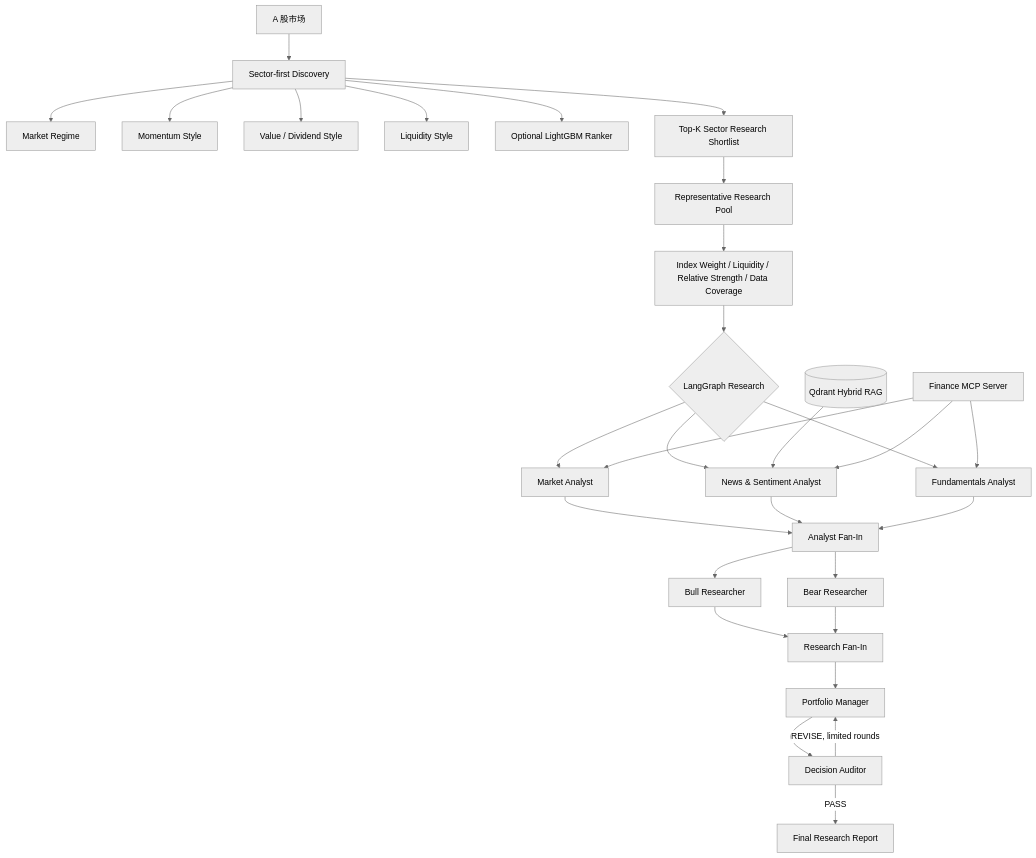
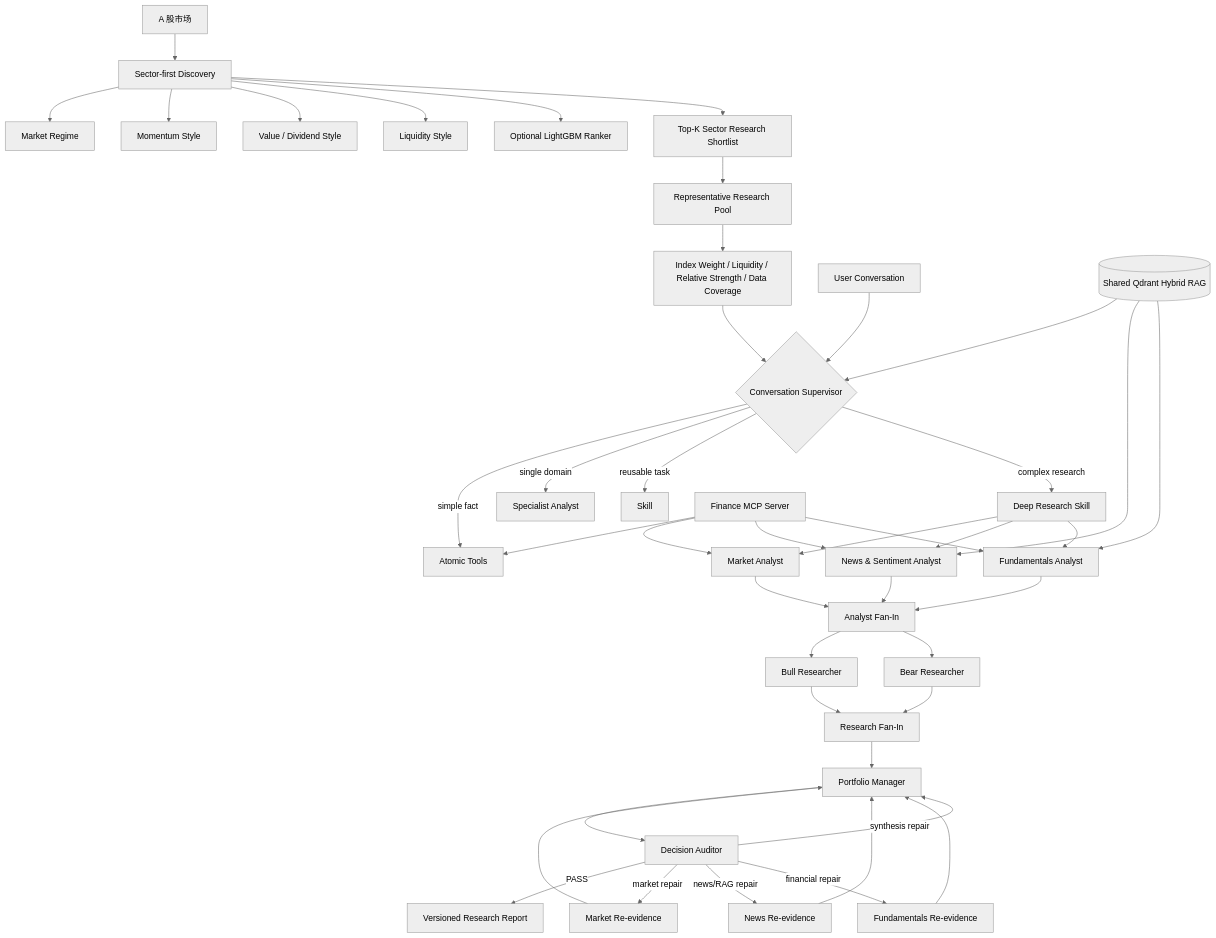
The diagram in README.md (wyh22/multi-agent-trading), drawn with Mermaid (neutral theme) before and after one commit. The commit also changed other lines of this file and 66 other files, not shown here.

First line of the commit message:
feat: V1.7 conversation reliability, PIT governance and architecture benchmark

````diff
--- a/README.md
+++ b/README.md
@@ -50,35 +55,48 @@
 ```mermaid
 flowchart TD
     A[A 股市场] --> B[Sector-first Discovery]
     B --> B1[Market Regime]
     B --> B2[Momentum Style]
     B --> B3[Value / Dividend Style]
     B --> B4[Liquidity Style]
     B --> B5[Optional LightGBM Ranker]
     B --> C[Top-K Sector Research Shortlist]
     C --> C1[Representative Research Pool]
     C1 --> C2[Index Weight / Liquidity / Relative Strength / Data Coverage]
-    C2 --> D{LangGraph Research}
+    U[User Conversation] --> S{Conversation Supervisor}
+    S -->|simple fact| T[Atomic Tools]
+    S -->|single domain| SA[Specialist Analyst]
+    S -->|reusable task| SK[Skill]
+    S -->|complex research| D[Deep Research Skill]
+
+    C2 --> S
     D --> M[Market Analyst]
     D --> N[News & Sentiment Analyst]
     D --> F[Fundamentals Analyst]
 
     M --> X[Analyst Fan-In]
     N --> X
     F --> X
-
     X --> BU[Bull Researcher]
     X --> BE[Bear Researcher]
     BU --> Y[Research Fan-In]
     BE --> Y
-
     Y --> PM[Portfolio Manager]
     PM --> AU[Decision Auditor]
-    AU -->|PASS| E[Final Research Report]
-    AU -->|REVISE, limited rounds| PM
+    AU -->|PASS| E[Versioned Research Report]
+    AU -->|market repair| RM[Market Re-evidence]
+    AU -->|news/RAG repair| RN[News Re-evidence]
+    AU -->|financial repair| RF[Fundamentals Re-evidence]
+    AU -->|synthesis repair| PM
+    RM --> PM
+    RN --> PM
+    RF --> PM
 
-    R[(Qdrant Hybrid RAG)] --> N
-    MCP[Finance MCP Server] --> M
+    R[(Shared Qdrant Hybrid RAG)] --> S
+    R --> N
+    R --> F
+    MCP[Finance MCP Server] --> T
+    MCP --> M
     MCP --> N
     MCP --> F
 ```
````
